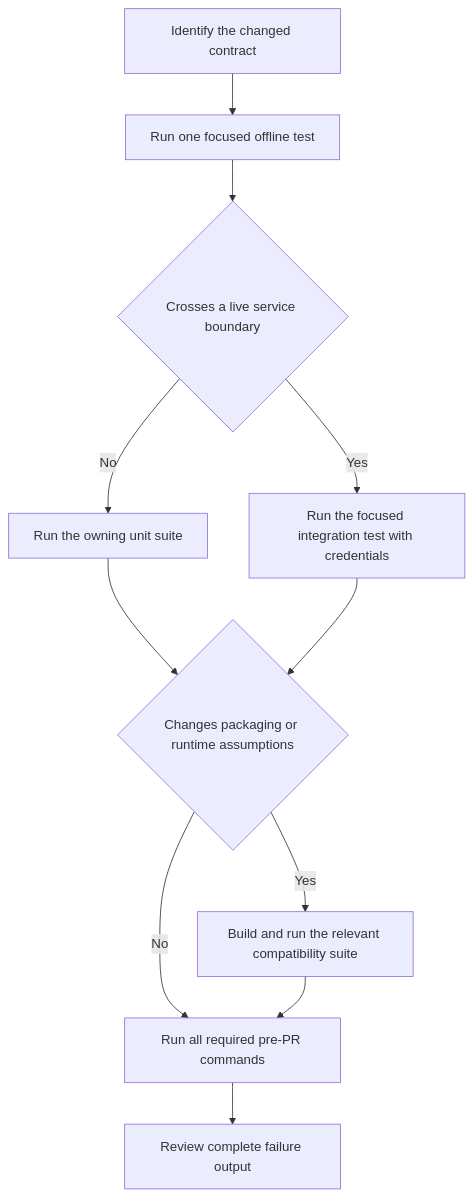
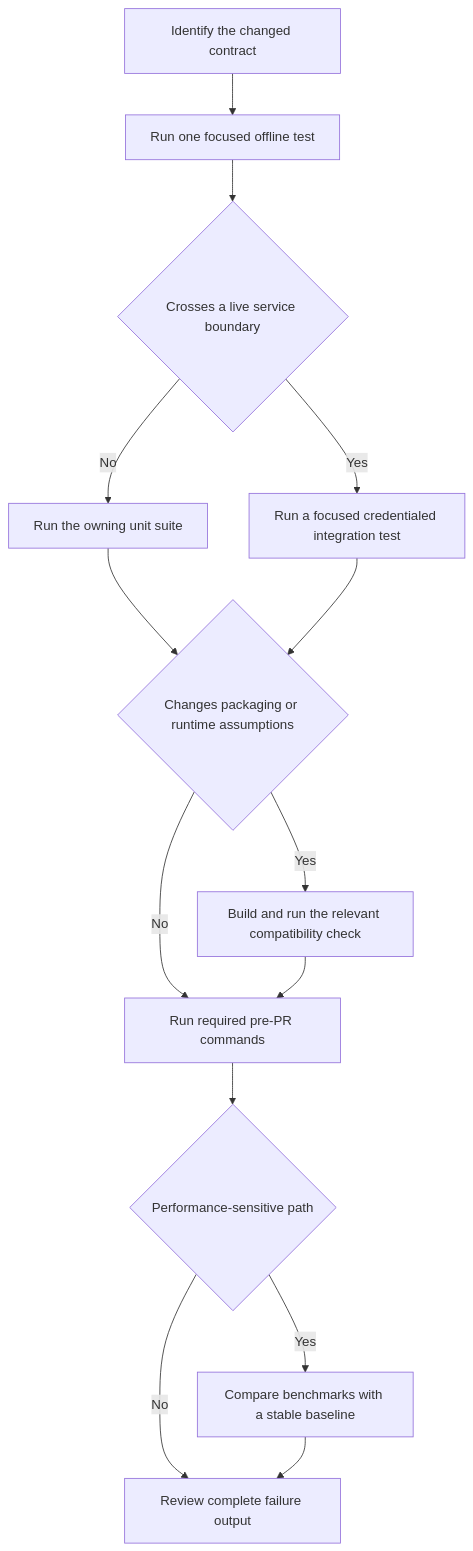
Before and after one commit to langchain-ai/langsmith-sdk: the diagram in openwiki/testing/repository-test-strategy.md, drawn with Mermaid. The commit also changed other lines of this file and 34 other files, not shown here.

````diff
--- a/openwiki/testing/repository-test-strategy.md
+++ b/openwiki/testing/repository-test-strategy.md
@@ -53,13 +61,16 @@
 ```mermaid
 flowchart TD
     A["Identify the changed contract"] --> B["Run one focused offline test"]
     B --> C{"Crosses a live service boundary"}
     C -->|No| D["Run the owning unit suite"]
-    C -->|Yes| E["Run the focused integration test with credentials"]
+    C -->|Yes| E["Run a focused credentialed integration test"]
     D --> F{"Changes packaging or runtime assumptions"}
     E --> F
-    F -->|Yes| G["Build and run the relevant compatibility suite"]
-    F -->|No| H["Run all required pre-PR commands"]
+    F -->|Yes| G["Build and run the relevant compatibility check"]
+    F -->|No| H["Run required pre-PR commands"]
     G --> H
-    H --> I["Review complete failure output"]
+    H --> I{"Performance-sensitive path"}
+    I -->|Yes| J["Compare benchmarks with a stable baseline"]
+    I -->|No| K["Review complete failure output"]
+    J --> K
 ```
````
